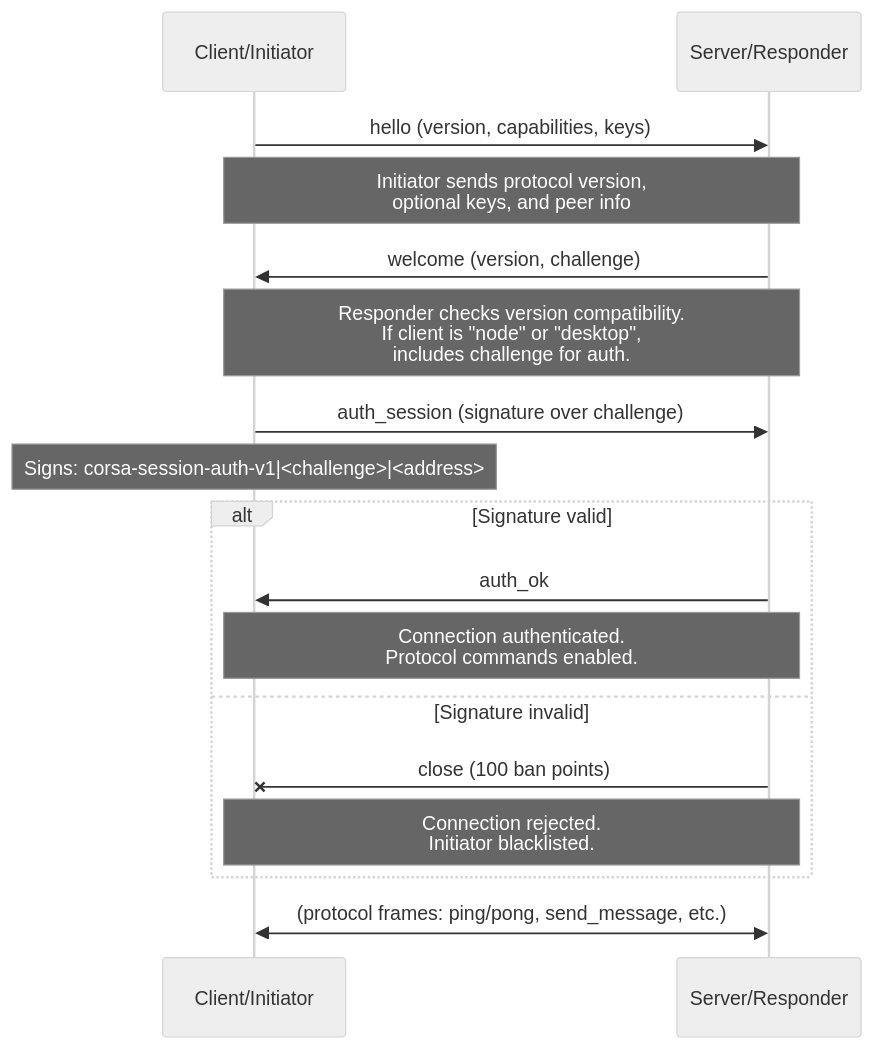
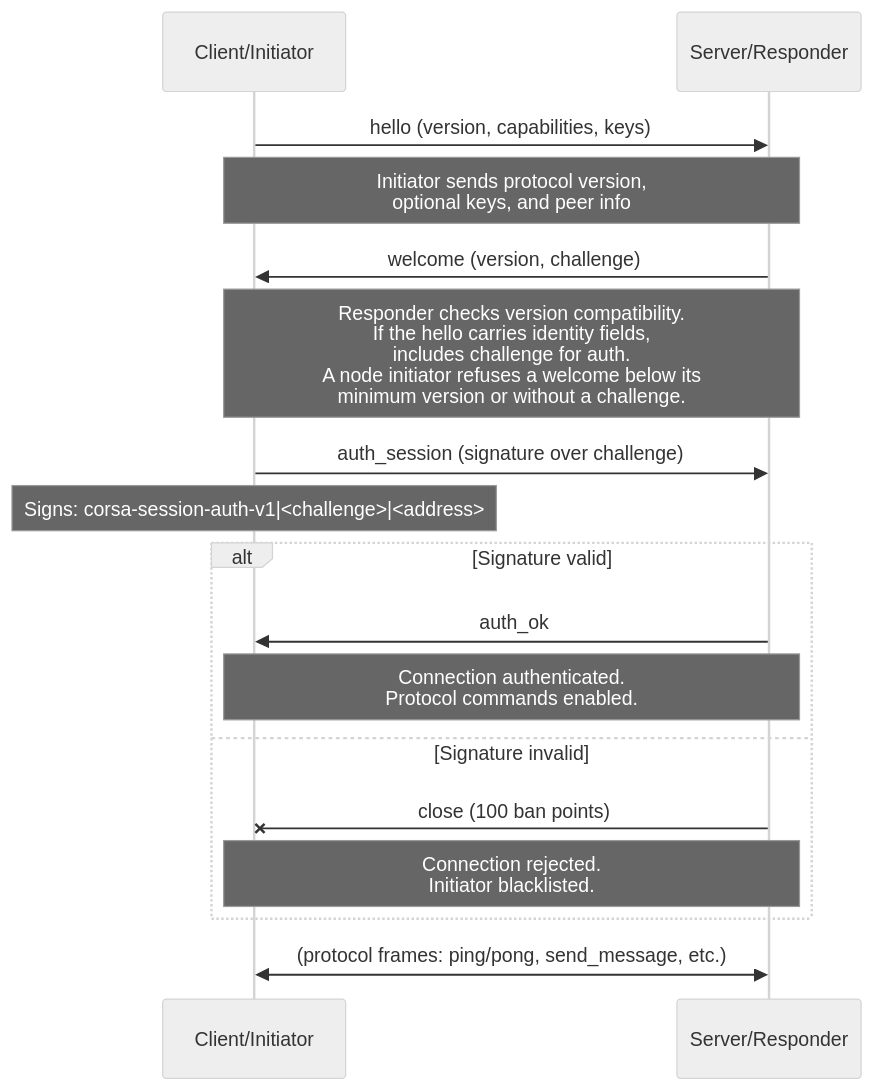
One commit to piratecash/corsa changed the first of 4 diagrams in docs/protocol/handshake.md. Above: the diagram before and after it, drawn with Mermaid (neutral theme). The commit also changed other lines of this file and 136 other files, not shown here.

````diff
--- a/docs/protocol/handshake.md
+++ b/docs/protocol/handshake.md
@@ -212,24 +210,24 @@
 ```mermaid
 sequenceDiagram
     participant C as Client/Initiator
     participant S as Server/Responder
 
     C->>S: hello (version, capabilities, keys)
     Note over C,S: Initiator sends protocol version,<br/>optional keys, and peer info
 
     S->>C: welcome (version, challenge)
-    Note over C,S: Responder checks version compatibility.<br/>If client is "node" or "desktop",<br/>includes challenge for auth.
+    Note over C,S: Responder checks version compatibility.<br/>If the hello carries identity fields,<br/>includes challenge for auth.<br/>A node initiator refuses a welcome below its<br/>minimum version or without a challenge.
 
     C->>S: auth_session (signature over challenge)
     Note over C: Signs: corsa-session-auth-v1|<challenge>|<address>
 
     alt Signature valid
         S->>C: auth_ok
         Note over C,S: Connection authenticated.<br/>Protocol commands enabled.
     else Signature invalid
         S-X C: close (100 ban points)
         Note over C,S: Connection rejected.<br/>Initiator blacklisted.
     end
 
     C<<->>S: (protocol frames: ping/pong, send_message, etc.)
 ```
````
